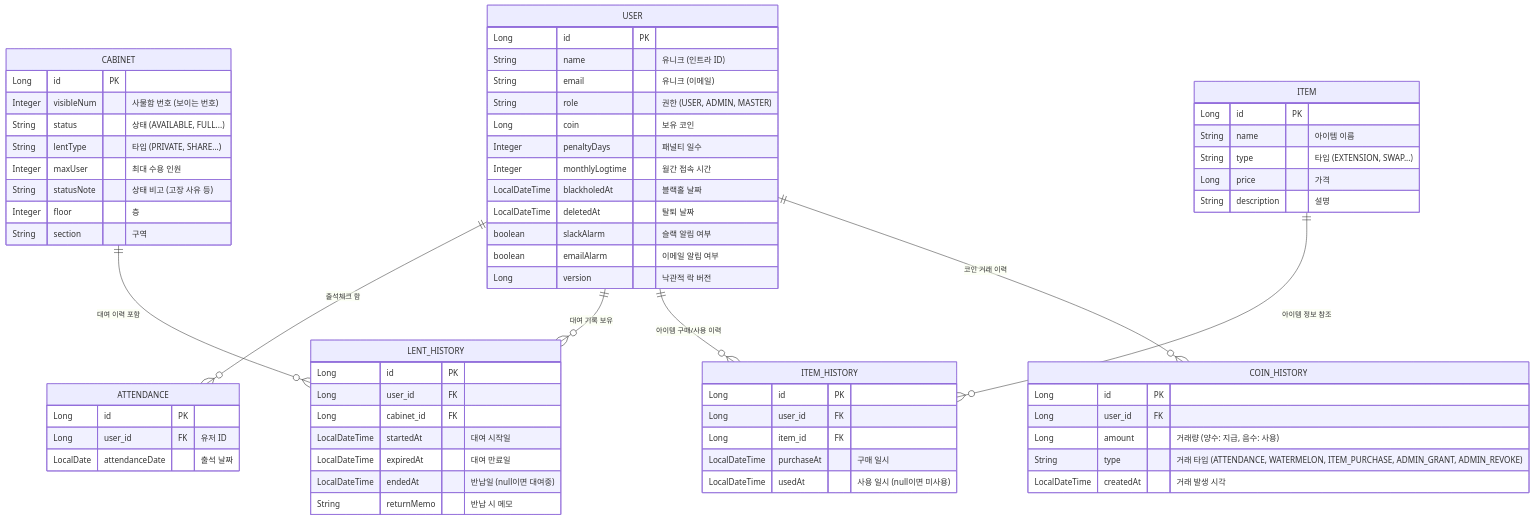
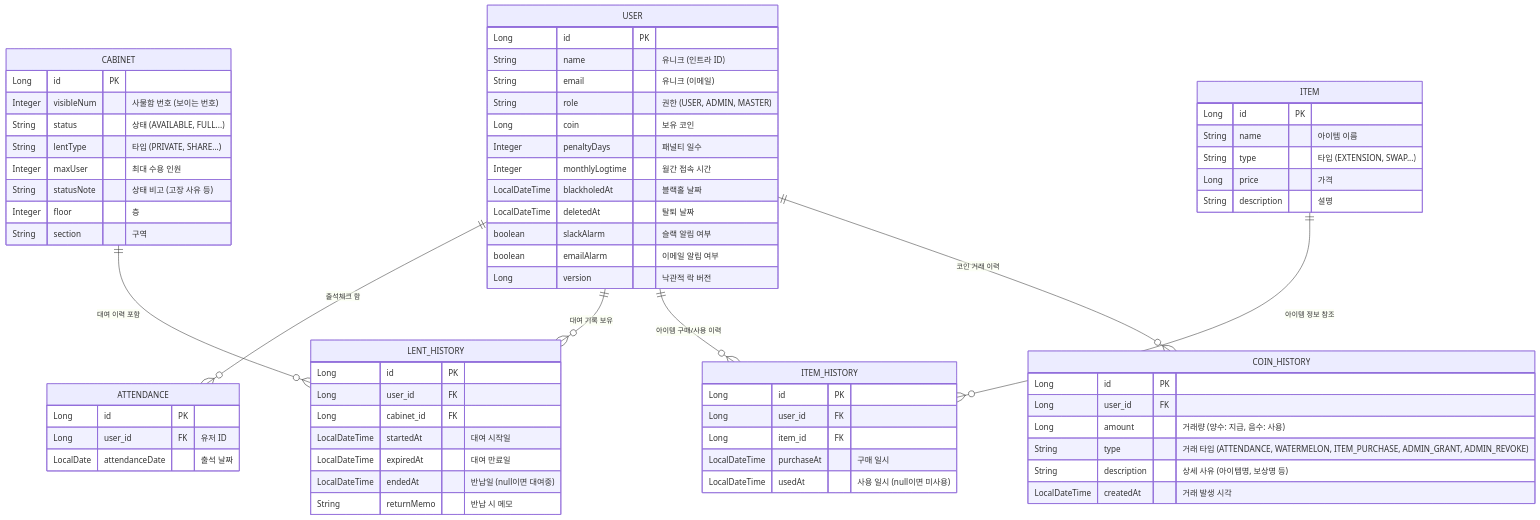
The third of 7 diagrams in backend/README.md (farmer0010/ft_transcendence), drawn with Mermaid before and after one commit. The commit also changed other lines of this file and 1 other file, not shown here.

Commit message:
docs: update README and remove comments - Added Ver 5.6 to version history - Updated ERD with CoinHistory description - Updated API spec for /v4/users/me - Removed inline comments from MyProfileResponseDto

````diff
--- a/backend/README.md
+++ b/backend/README.md
@@ -305,6 +305,7 @@
         Long user_id FK
         Long amount "거래량 (양수: 지급, 음수: 사용)"
         String type "거래 타입 (ATTENDANCE, WATERMELON, ITEM_PURCHASE, ADMIN_GRANT, ADMIN_REVOKE)"
+        String description "상세 사유 (아이템명, 보상명 등)"
         LocalDateTime createdAt "거래 발생 시각"
     }
 ```
````
